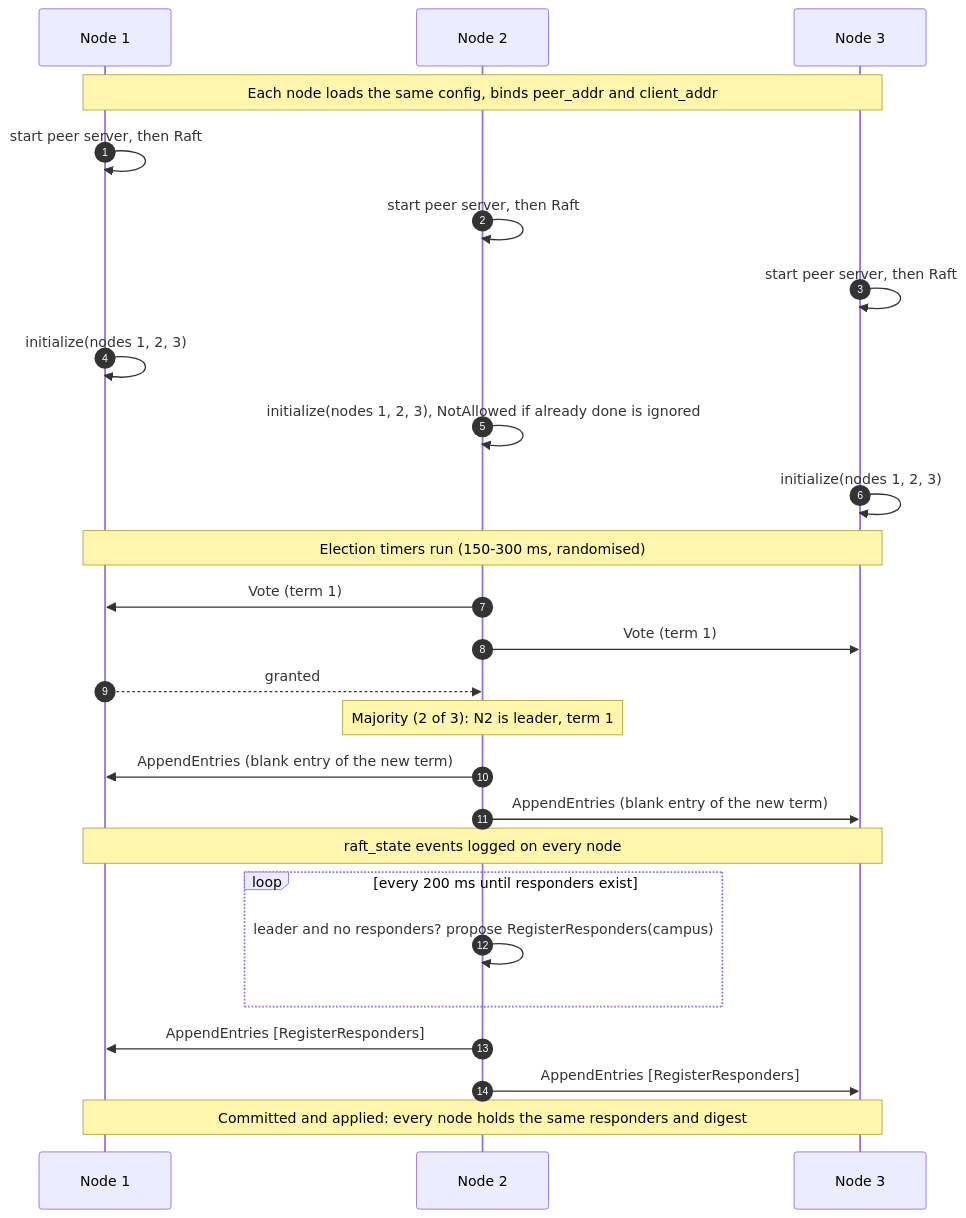
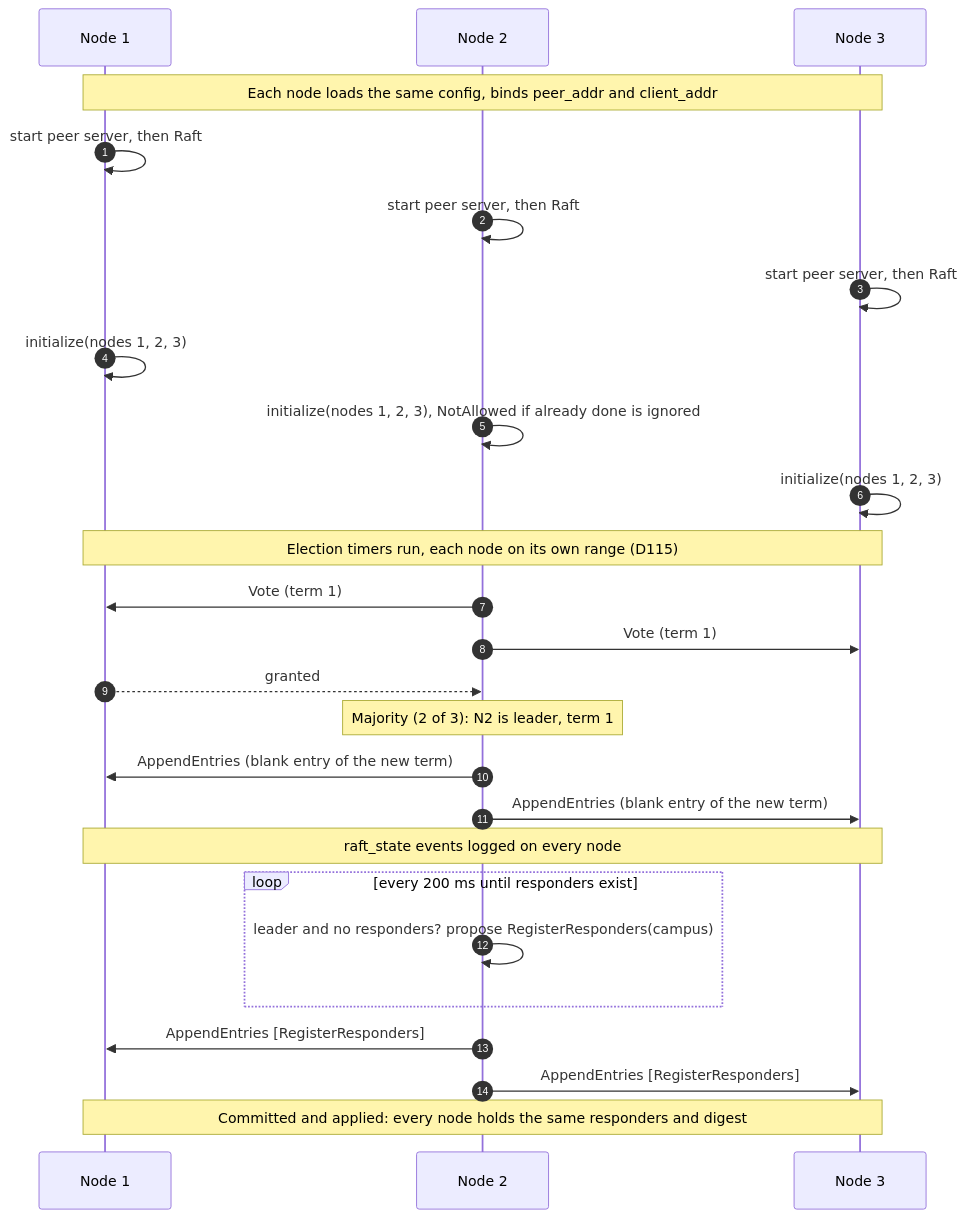
One commit to noortaytoy1/DistributedSystems changed diagram 11 of 43 in docs/architecture.md. Above: the diagram before and after it, drawn with Mermaid. The commit also changed other lines of this file and 7 other files, not shown here.

````diff
--- a/docs/architecture.md
+++ b/docs/architecture.md
@@ -406,28 +567,28 @@
 ```mermaid
 sequenceDiagram
     autonumber
     participant N1 as Node 1
     participant N2 as Node 2
     participant N3 as Node 3
     Note over N1,N3: Each node loads the same config, binds peer_addr and client_addr
     N1->>N1: start peer server, then Raft
     N2->>N2: start peer server, then Raft
     N3->>N3: start peer server, then Raft
     N1->>N1: initialize(nodes 1, 2, 3)
     N2->>N2: initialize(nodes 1, 2, 3), NotAllowed if already done is ignored
     N3->>N3: initialize(nodes 1, 2, 3)
-    Note over N1,N3: Election timers run (150-300 ms, randomised)
+    Note over N1,N3: Election timers run, each node on its own range (D115)
     N2->>N1: Vote (term 1)
     N2->>N3: Vote (term 1)
     N1-->>N2: granted
     Note over N2: Majority (2 of 3): N2 is leader, term 1
     N2->>N1: AppendEntries (blank entry of the new term)
     N2->>N3: AppendEntries (blank entry of the new term)
     Note over N1,N3: raft_state events logged on every node
     loop every 200 ms until responders exist
         N2->>N2: leader and no responders? propose RegisterResponders(campus)
     end
     N2->>N1: AppendEntries [RegisterResponders]
     N2->>N3: AppendEntries [RegisterResponders]
     Note over N1,N3: Committed and applied: every node holds the same responders and digest
 ```
````
